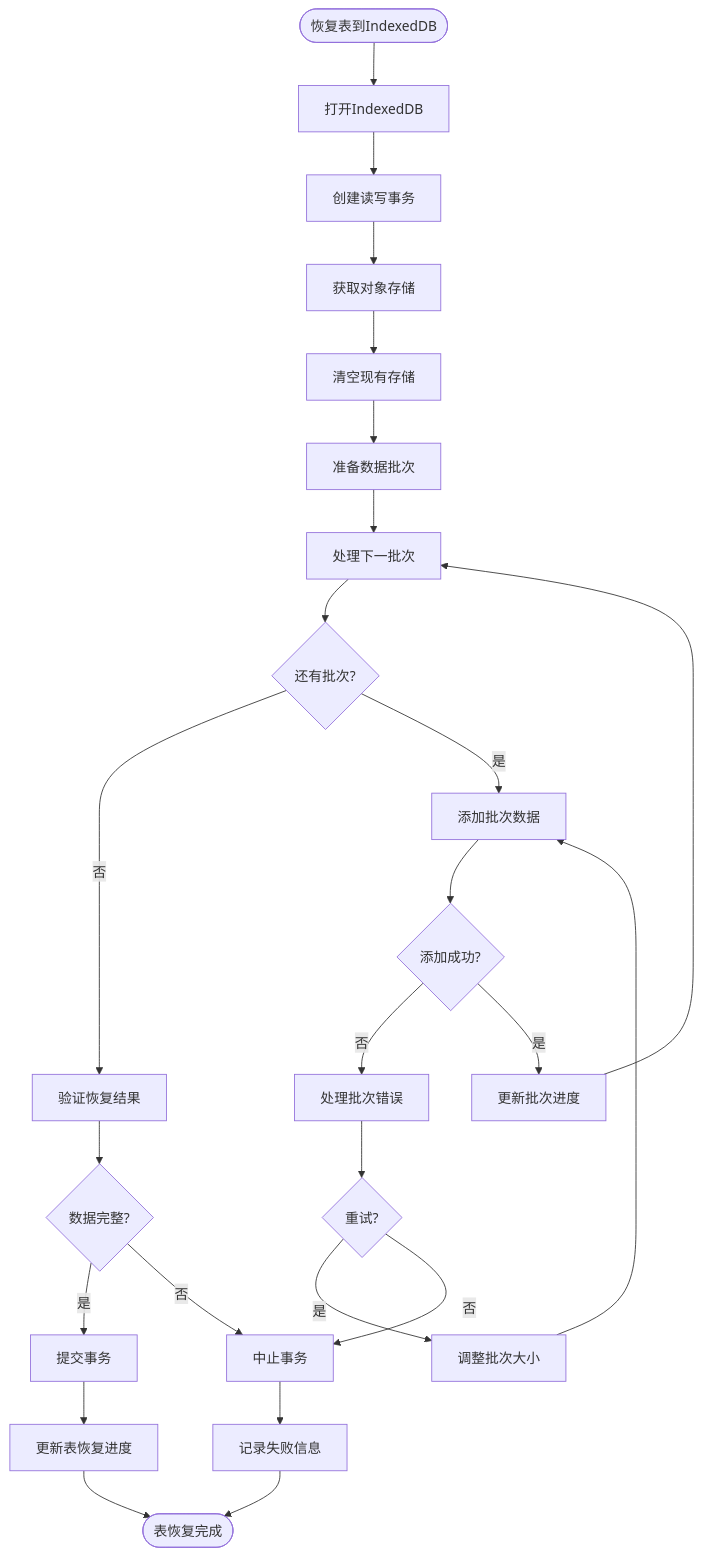
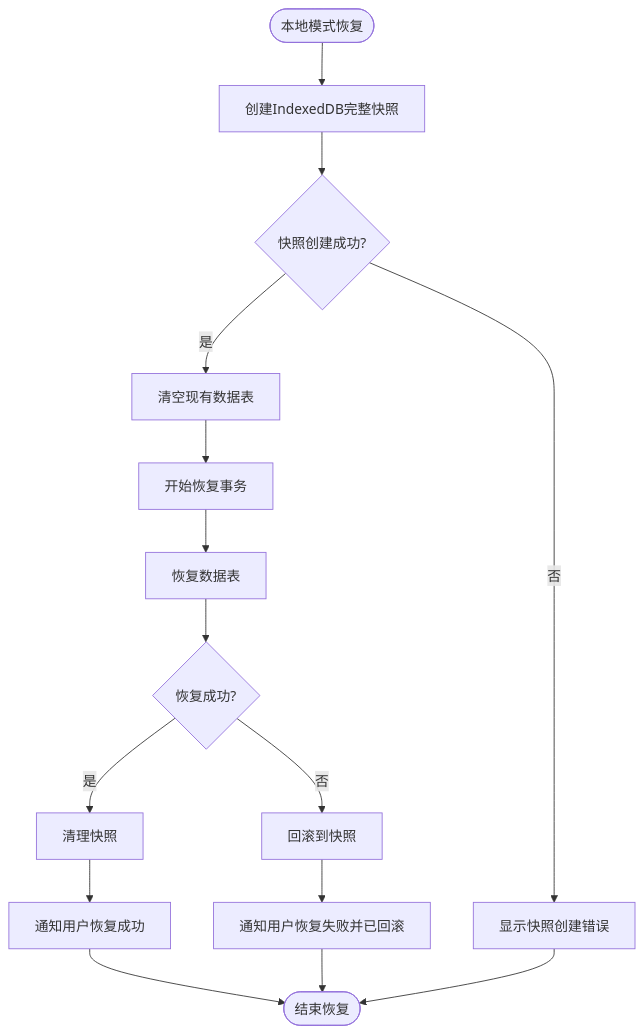
One commit to yingjianzh/iodraw-files changed the diagram in all/未命名-53.md. Above: the diagram before and after it, drawn with Mermaid.

Commit message:
2025-05-09 18:00:47 update

````diff
--- a/all/未命名-53.md
+++ b/all/未命名-53.md
@@ -1,36 +1,26 @@
 ```mermaid
+
 flowchart TD
-    Start([恢复表到IndexedDB]) --> OpenDB[打开IndexedDB]
-    OpenDB --> CreateTx[创建读写事务]
-    CreateTx --> GetStore[获取对象存储]
+    Start([本地模式恢复]) --> CreateSnapshot[创建IndexedDB完整快照]
+    CreateSnapshot --> SnapshotCreated{快照创建成功?}
     
-    GetStore --> ClearStore[清空现有存储]
-    ClearStore --> PrepareBatches[准备数据批次]
+    SnapshotCreated -->|否| ShowSnapshotError[显示快照创建错误]
+    SnapshotCreated -->|是| ClearExistingData[清空现有数据表]
     
-    PrepareBatches --> ProcessNextBatch[处理下一批次]
-    ProcessNextBatch --> MoreBatches{还有批次?}
+    ClearExistingData --> BeginTransaction[开始恢复事务]
+    BeginTransaction --> RestoreDataTables[恢复数据表]
     
-    MoreBatches -->|否| VerifyResults[验证恢复结果]
-    MoreBatches -->|是| AddBatch[添加批次数据]
+    RestoreDataTables --> Success{恢复成功?}
+    Success -->|是| CleanupSnapshot[清理快照]
+    Success -->|否| RollbackChanges[回滚到快照]
     
-    AddBatch --> BatchAdded{添加成功?}
-    BatchAdded -->|否| HandleBatchError[处理批次错误]
-    BatchAdded -->|是| UpdateBatchProgress[更新批次进度]
     
-    HandleBatchError --> RetryBatch{重试?}
-    RetryBatch -->|是| AdjustBatchSize[调整批次大小]
-    RetryBatch -->|否| AbortTx[中止事务]
+    RollbackChanges --> NotifyFailure[通知用户恢复失败并已回滚]
     
-    AdjustBatchSize --> AddBatch
-    UpdateBatchProgress --> ProcessNextBatch
+    CleanupSnapshot --> NotifySuccess[通知用户恢复成功]
     
-    VerifyResults --> DataComplete{数据完整?}
-    DataComplete -->|是| CommitTx[提交事务]
-    DataComplete -->|否| AbortTx
-    
-    CommitTx --> UpdateTableProgress[更新表恢复进度]
-    AbortTx --> LogFailure[记录失败信息]
-    
-    UpdateTableProgress --> End([表恢复完成])
-    LogFailure --> End
+    NotifySuccess --> End([结束恢复])
+    NotifyFailure --> End
+    ShowSnapshotError --> End
+
 ```
````
